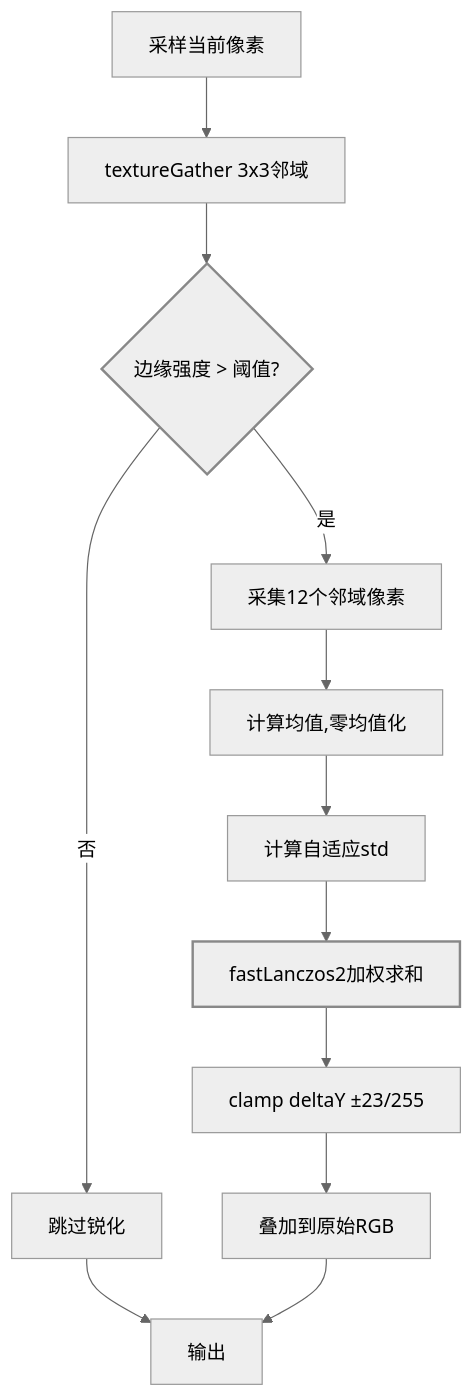
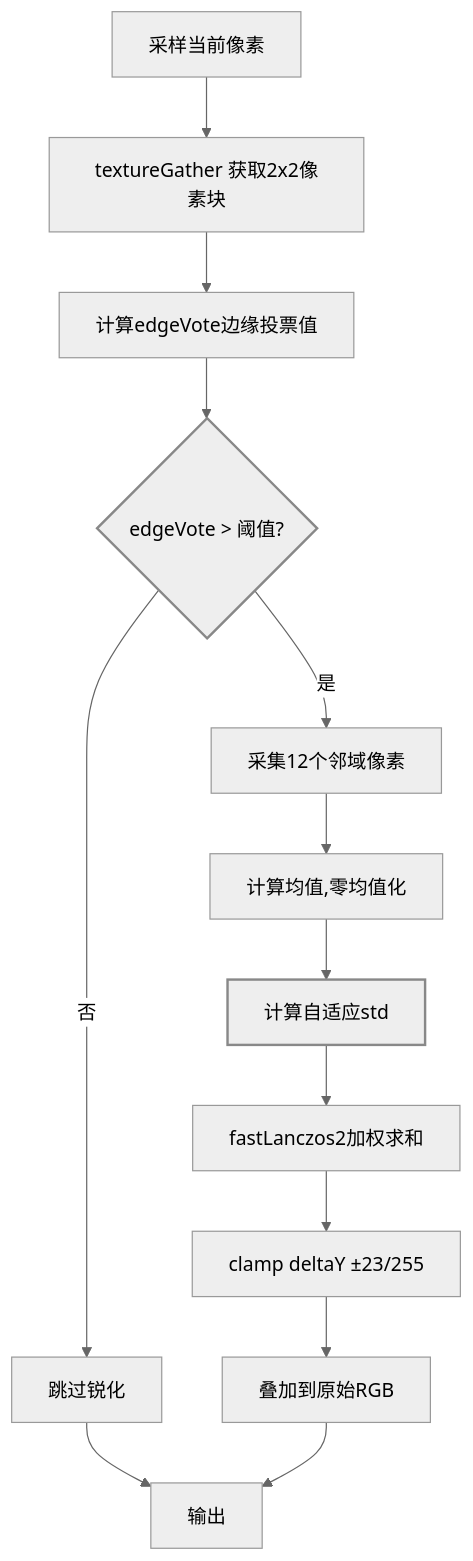
The third of 5 diagrams in wiki/sources/snapdragon-gsr.md (Linxius/agentwiki), drawn with Mermaid (neutral theme) before and after one commit. The commit also changed other lines of this file and 3 other files, not shown here.

````diff
--- a/wiki/sources/snapdragon-gsr.md
+++ b/wiki/sources/snapdragon-gsr.md
@@ -91,17 +124,18 @@
 ```mermaid
 flowchart TD
-    A[采样当前像素] --> B[textureGather 3x3邻域]
-    B --> C{边缘强度 > 阈值?}
-    C -->|否| D[跳过锐化]
-    C -->|是| E[采集12个邻域像素]
-    E --> F[计算均值,零均值化]
-    F --> G[计算自适应std]
-    G --> H[fastLanczos2加权求和]
-    H --> I[clamp deltaY ±23/255]
-    I --> J[叠加到原始RGB]
-    D --> K[输出]
-    J --> K
+    A[采样当前像素] --> B[textureGather 获取2x2像素块]
+    B --> C[计算edgeVote边缘投票值]
+    C --> D{edgeVote > 阈值?}
+    D -->|否| E[跳过锐化]
+    D -->|是| F[采集12个邻域像素]
+    F --> G[计算均值,零均值化]
+    G --> H[计算自适应std]
+    H --> I[fastLanczos2加权求和]
+    I --> J[clamp deltaY ±23/255]
+    J --> K[叠加到原始RGB]
+    E --> L[输出]
+    K --> L
 
-    style C stroke:#888,stroke-width:2px
+    style D stroke:#888,stroke-width:2px
     style H stroke:#888,stroke-width:2px
 ```
````
